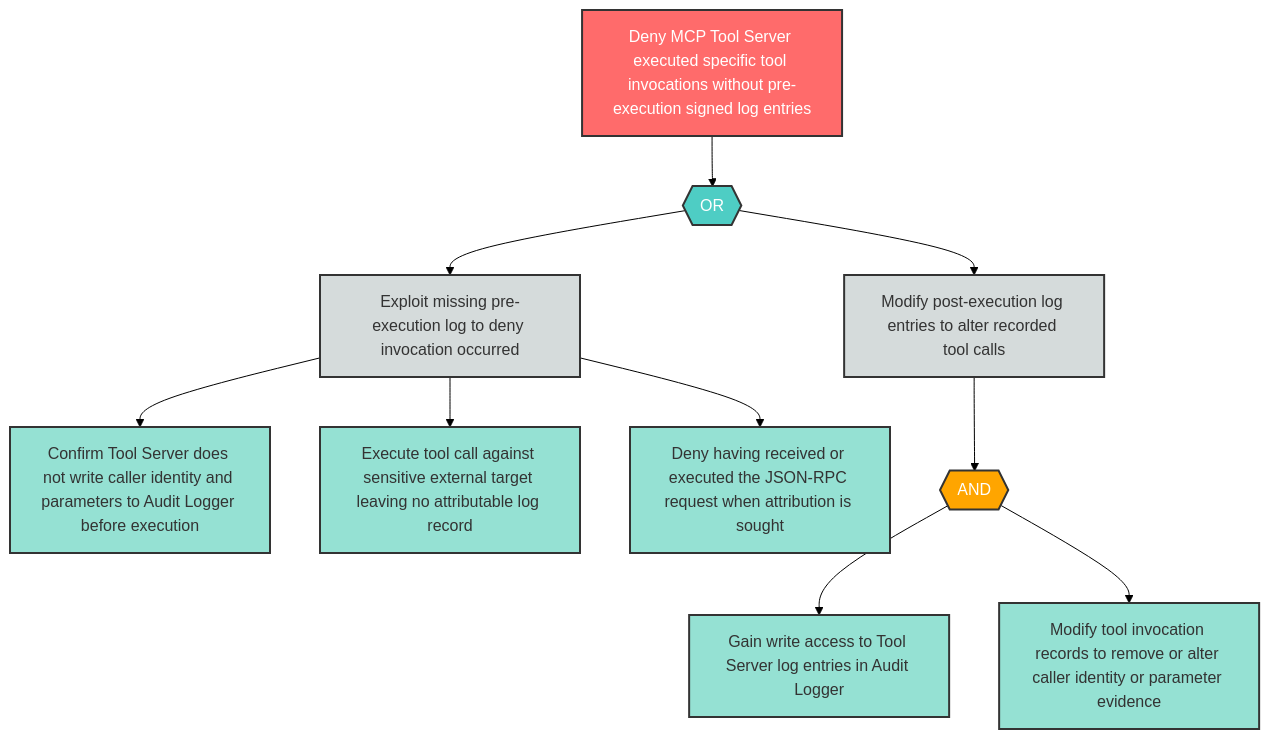
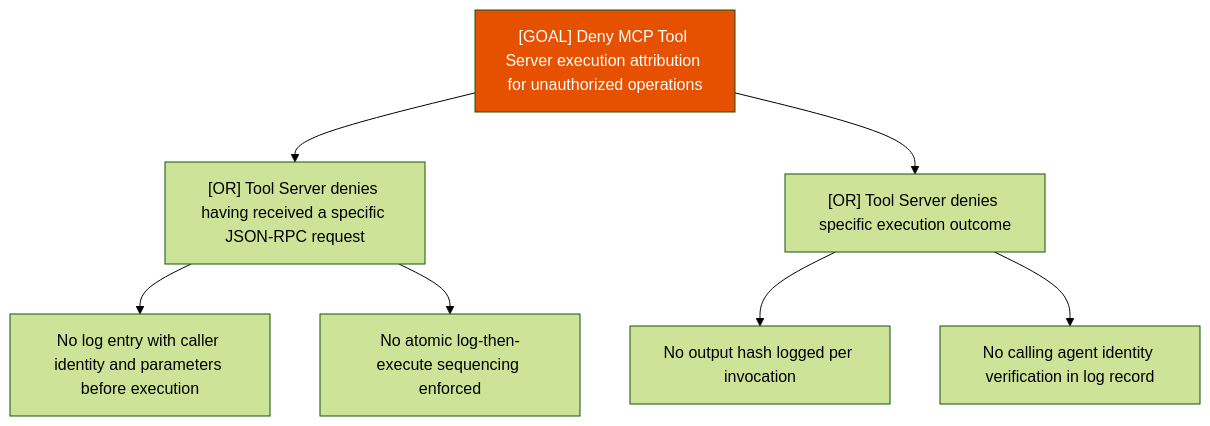
Before and after one commit to q-qp-p/davidmatousek-tachi: the diagram in examples/agentic-app/sample-report/attack-trees/r-6-attack-tree.md, drawn with Mermaid (forest theme). The commit also changed other lines of this file and 132 other files, not shown here.

````diff
--- a/examples/agentic-app/sample-report/attack-trees/r-6-attack-tree.md
+++ b/examples/agentic-app/sample-report/attack-trees/r-6-attack-tree.md
@@ -8,35 +7,12 @@
 ```mermaid
-flowchart TD
-    R6_root["Deny MCP Tool Server executed specific tool invocations without pre-execution signed log entries"]
-    R6_or1{{"OR"}}
-    R6_sub1["Exploit missing pre-execution log to deny invocation occurred"]
-    R6_sub2["Modify post-execution log entries to alter recorded tool calls"]
-    R6_leaf1["Confirm Tool Server does not write caller identity and parameters to Audit Logger before execution"]
-    R6_leaf2["Execute tool call against sensitive external target leaving no attributable log record"]
-    R6_leaf3["Deny having received or executed the JSON-RPC request when attribution is sought"]
-    R6_and1{{"AND"}}
-    R6_leaf4["Gain write access to Tool Server log entries in Audit Logger"]
-    R6_leaf5["Modify tool invocation records to remove or alter caller identity or parameter evidence"]
-
-    R6_root --> R6_or1
-    R6_or1 --> R6_sub1
-    R6_or1 --> R6_sub2
-    R6_sub1 --> R6_leaf1
-    R6_sub1 --> R6_leaf2
-    R6_sub1 --> R6_leaf3
-    R6_sub2 --> R6_and1
-    R6_and1 --> R6_leaf4
-    R6_and1 --> R6_leaf5
-
-    classDef goal fill:#ff6b6b,stroke:#333,stroke-width:2px,color:#fff
-    classDef andGate fill:#ffa500,stroke:#333,stroke-width:2px,color:#fff
-    classDef orGate fill:#4ecdc4,stroke:#333,stroke-width:2px,color:#fff
-    classDef subGoal fill:#d5dbdb,stroke:#333,stroke-width:2px,color:#333
-    classDef leaf fill:#95e1d3,stroke:#333,stroke-width:2px,color:#333
-
-    class R6_root goal
-    class R6_or1 orGate
-    class R6_and1 andGate
-    class R6_sub1,R6_sub2 subGoal
-    class R6_leaf1,R6_leaf2,R6_leaf3,R6_leaf4,R6_leaf5 leaf
+graph TD
+    Goal["[GOAL] Deny MCP Tool Server execution attribution for unauthorized operations"]
+    Goal --> A["[OR] Tool Server denies having received a specific JSON-RPC request"]
+    A --> A1["No log entry with caller identity and parameters before execution"]
+    A --> A2["No atomic log-then-execute sequencing enforced"]
+    Goal --> B["[OR] Tool Server denies specific execution outcome"]
+    B --> B1["No output hash logged per invocation"]
+    B --> B2["No calling agent identity verification in log record"]
+    classDef high fill:#e65100,color:#fff
+    class Goal high
 ```
````
